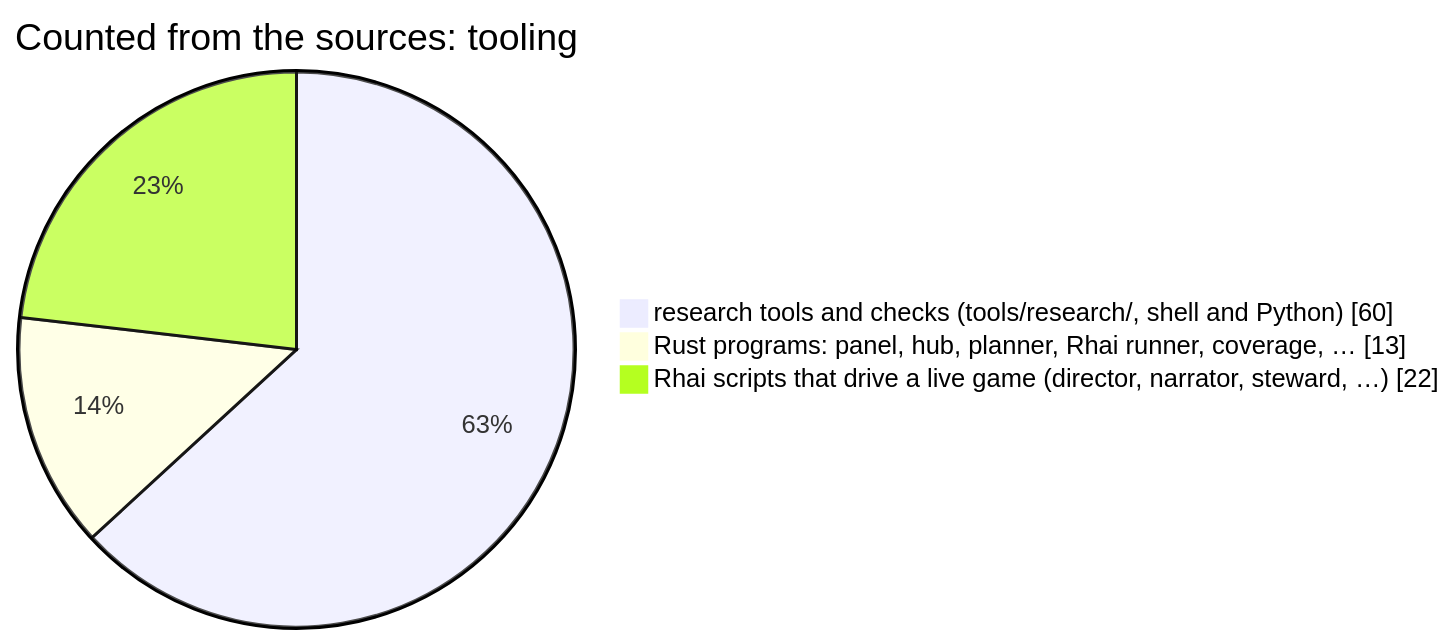
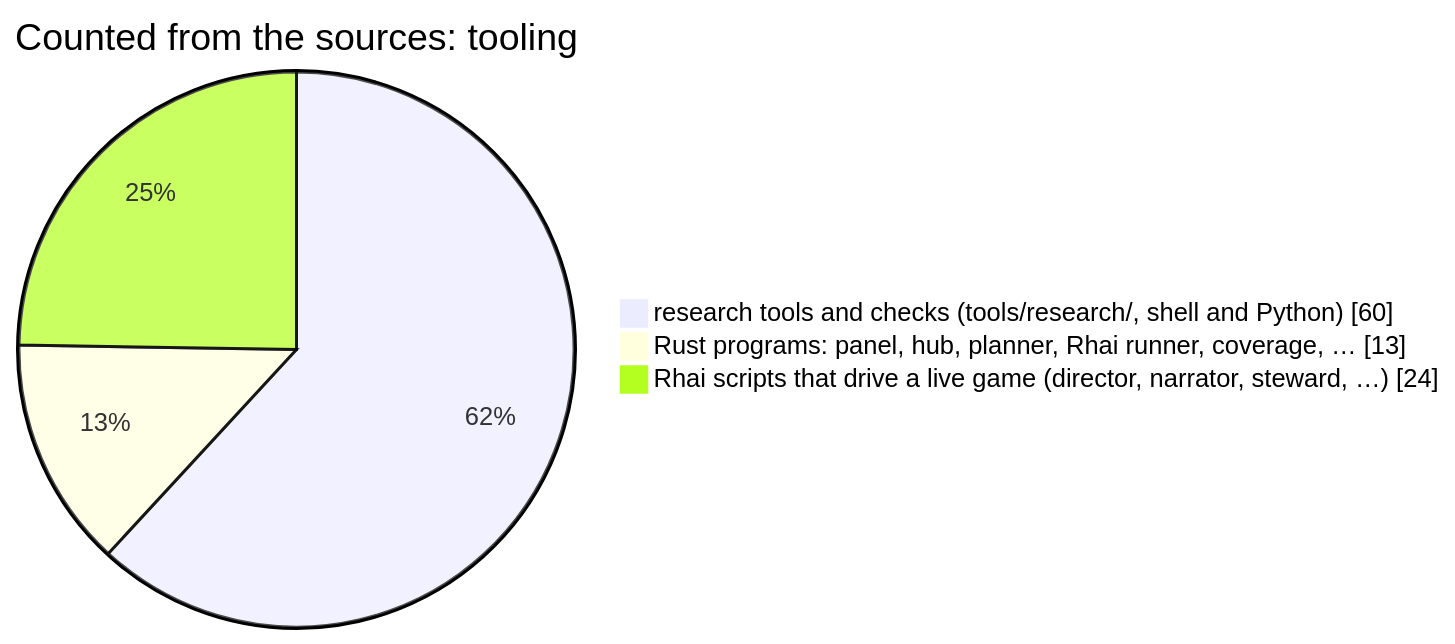
Before and after one commit to korczis/OpenTTD: the seventh of 12 diagrams in README.md, drawn with Mermaid. The commit also changed other lines of this file and 18 other files, not shown here.

````diff
--- a/README.md
+++ b/README.md
@@ -802,6 +802,6 @@
 ```mermaid
 pie showData title Counted from the sources: tooling
     "research tools and checks (tools/research/, shell and Python)" : 60
     "Rust programs: panel, hub, planner, Rhai runner, coverage, …" : 13
-    "Rhai scripts that drive a live game (director, narrator, steward, …)" : 22
+    "Rhai scripts that drive a live game (director, narrator, steward, …)" : 24
 ```
````
